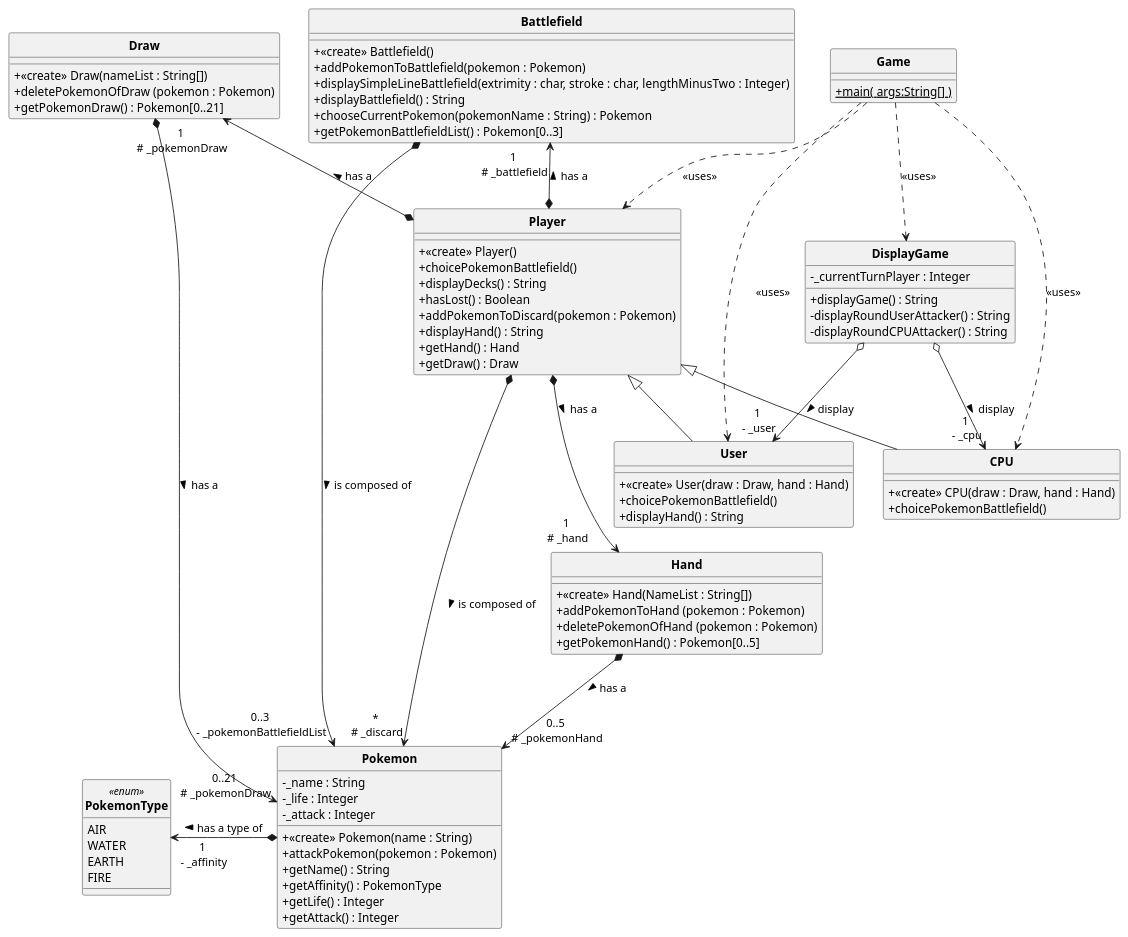
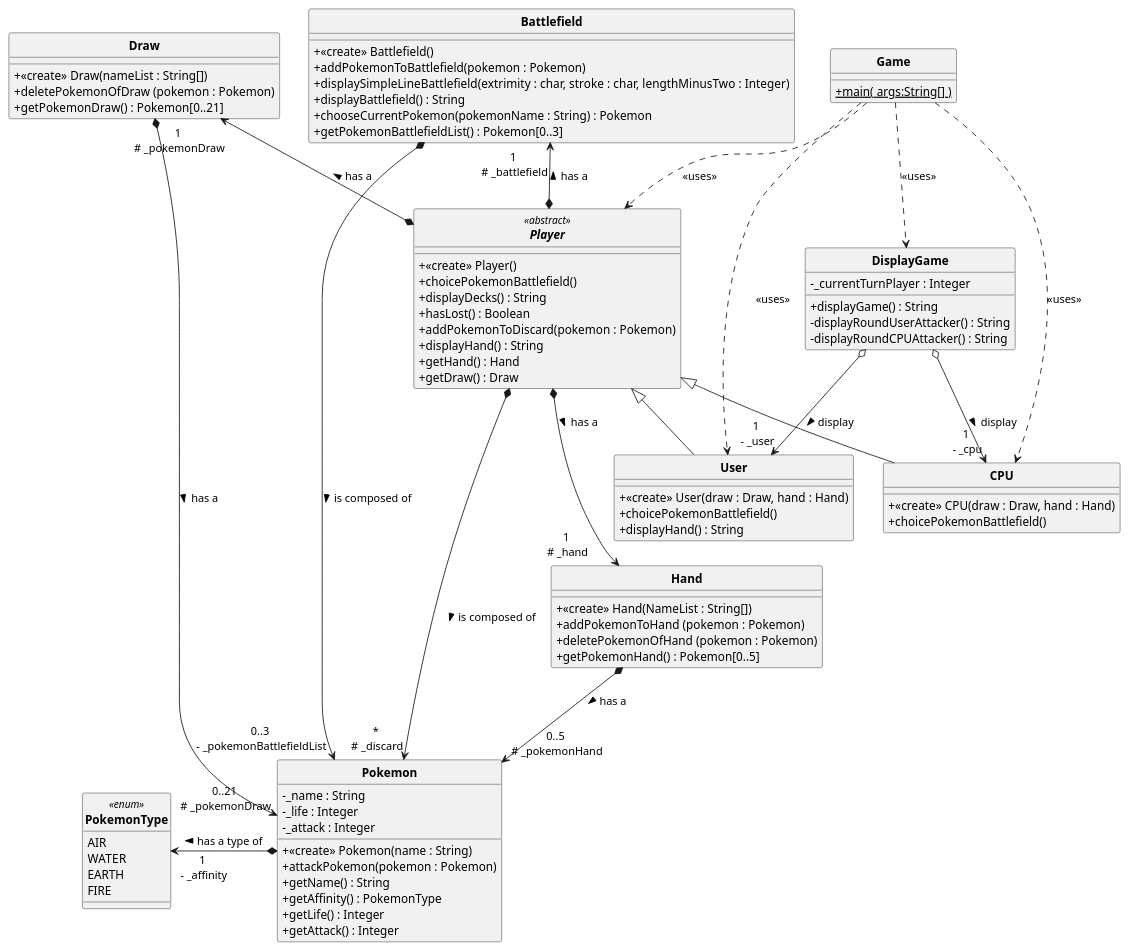
The diagram in uml/semaine2.puml (vfletschinger/Pokemon_Project), drawn with PlantUML before and after one commit. The commit also changed 2 other files, not shown here.

```diff
--- a/uml/semaine2.puml
+++ b/uml/semaine2.puml
@@ -1,104 +1,104 @@
  @startuml
 'https://plantuml.com/sequence-diagram
 
 
 'configuration du style
 skinparam style strictuml
 skinparam classAttributeIconSize 0
 skinparam classFontStyle Bold
 
 
 class Game  {
 	+ {static} main( args:String[] )
 }
 
 class Pokemon {
     - _name : String
     - _life : Integer
     - _attack : Integer
     + <<create>> Pokemon(name : String)
     + attackPokemon(pokemon : Pokemon)
     + getName() : String
     + getAffinity() : PokemonType
     + getLife() : Integer
     + getAttack() : Integer
 }
 
 enum PokemonType <<enum>>{
     AIR
     WATER
     EARTH
     FIRE
 }
 'On pourrait contenir cette énumération comme des "sous classes" de Pokemon'
 
 
-class Player{
+abstract class Player <<abstract>>{
     + <<create>> Player()
     + choicePokemonBattlefield()
     + displayDecks() : String
     + hasLost() : Boolean
     + addPokemonToDiscard(pokemon : Pokemon)
     + displayHand() : String
     + getHand() : Hand
     + getDraw() : Draw
 }
 
 class User extends Player {
     + <<create>> User(draw : Draw, hand : Hand)
     + choicePokemonBattlefield()
     + displayHand() : String
 }
 
 class CPU extends Player {
     + <<create>> CPU(draw : Draw, hand : Hand)
     + choicePokemonBattlefield()
 }
 
 class Battlefield {
     + <<create>> Battlefield()
     + addPokemonToBattlefield(pokemon : Pokemon)
     + displaySimpleLineBattlefield(extrimity : char, stroke : char, lengthMinusTwo : Integer)
     + displayBattlefield() : String
     + chooseCurrentPokemon(pokemonName : String) : Pokemon
     + getPokemonBattlefieldList() : Pokemon[0..3]
 }
 
 class DisplayGame {
     - _currentTurnPlayer : Integer
     + displayGame() : String
     - displayRoundUserAttacker() : String
     - displayRoundCPUAttacker() : String
 }
 
 class Draw{
     +<<create>> Draw(nameList : String[])
     + deletePokemonOfDraw (pokemon : Pokemon)
     + getPokemonDraw() : Pokemon[0..21]
 }
 
 class Hand{
     +<<create>> Hand(NameList : String[])
     + addPokemonToHand (pokemon : Pokemon)
     + deletePokemonOfHand (pokemon : Pokemon)
     + getPokemonHand() : Pokemon[0..5]
 }
 
 Player *-u-> "1\n # _battlefield" Battlefield : > has a
 Player *-u-> "1\n # _pokemonDraw" Draw : > has a
 Player *-d---> "*\n # _discard" Pokemon : > is composed of
 Player *--> "1\n # _hand" Hand : > has a
 Draw *--> "0..21\n # _pokemonDraw" Pokemon : > has a
 Hand *--> "0..5\n # _pokemonHand" Pokemon : > has a
 Battlefield *--> "0..3\n - _pokemonBattlefieldList" Pokemon : > is composed of
 DisplayGame o--> "1\n - _user" User : > display
 DisplayGame o--> "1\n - _cpu" CPU : > display
 Pokemon *-l-> "1\n - _affinity" PokemonType : > has a type of
 
 Game .d.> Player : <<uses>>
 Game .d.> DisplayGame : <<uses>>
 Game .d.> CPU : <<uses>>
 Game .d.> User : <<uses>>
 
 
 @enduml
```
